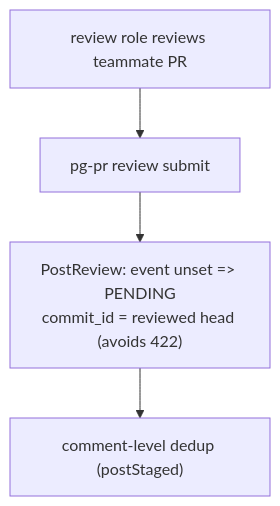
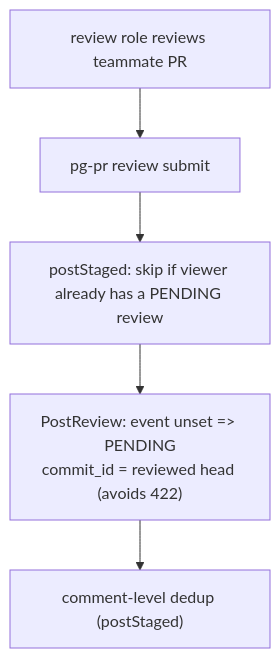
The fourth of 5 diagrams in docs/pr-review-flow.md (phillipgreenii/nix-agent-support), drawn with Mermaid before and after one commit. The commit also changed other lines of this file and 7 other files, not shown here.

````diff
--- a/docs/pr-review-flow.md
+++ b/docs/pr-review-flow.md
@@ -260,6 +260,7 @@
 ```mermaid
 flowchart TD
     a["review role reviews teammate PR"] --> b["pg-pr review submit"]
-    b --> c["PostReview: event unset => PENDING<br/>commit_id = reviewed head (avoids 422)"]
+    b --> s["postStaged: skip if viewer already has a PENDING review"]
+    s --> c["PostReview: event unset => PENDING<br/>commit_id = reviewed head (avoids 422)"]
     c --> d["comment-level dedup (postStaged)"]
 ```
````
